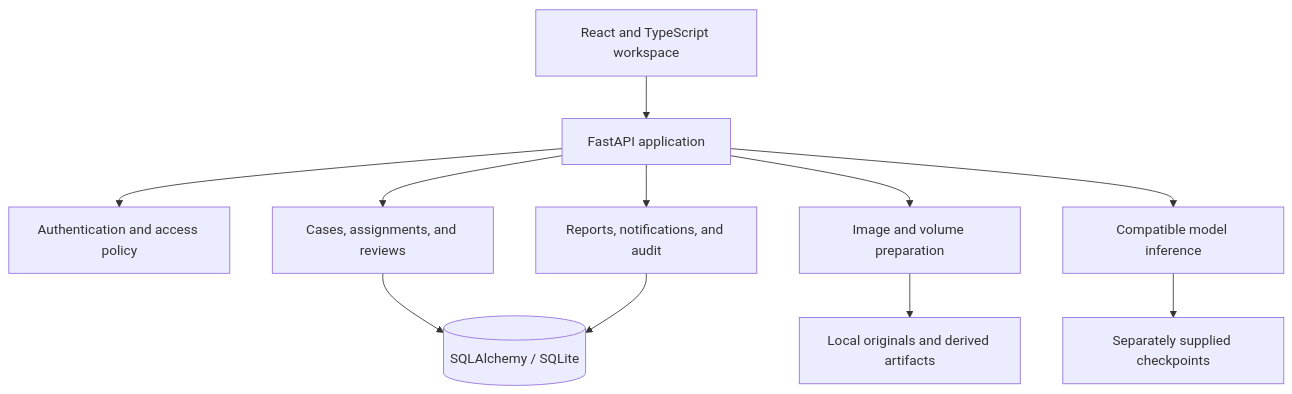
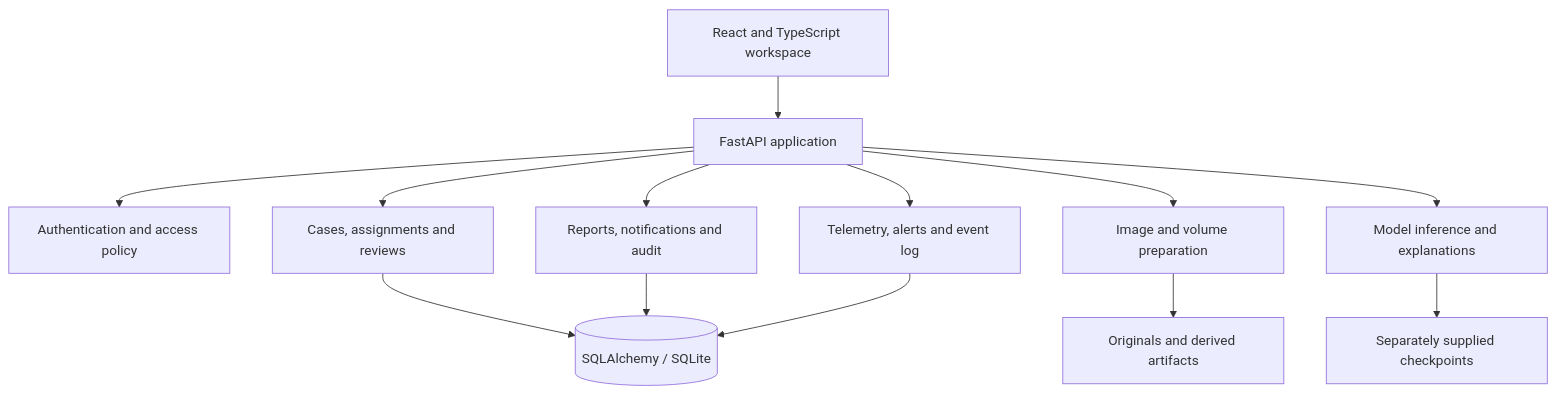
One commit to Dhanush-245/Team_2_Artery-Segmentation-DL changed the second of 2 diagrams in README.md. Above: the diagram before and after it, drawn with Mermaid. The commit also changed other lines of this file and 1 other file, not shown here.

````diff
--- a/README.md
+++ b/README.md
@@ -87,13 +83,15 @@
 ```mermaid
 flowchart TB
     UI[React and TypeScript workspace] --> API[FastAPI application]
     API --> AUTH[Authentication and access policy]
-    API --> CASES[Cases, assignments, and reviews]
+    API --> CASES[Cases, assignments and reviews]
     API --> PREP[Image and volume preparation]
-    API --> INFER[Compatible model inference]
-    API --> REPORTS[Reports, notifications, and audit]
+    API --> INFER[Model inference and explanations]
+    API --> REPORTS[Reports, notifications and audit]
+    API --> OPS[Telemetry, alerts and event log]
     CASES --> DB[(SQLAlchemy / SQLite)]
     REPORTS --> DB
-    PREP --> FILES[Local originals and derived artifacts]
+    OPS --> DB
+    PREP --> FILES[Originals and derived artifacts]
     INFER --> WEIGHTS[Separately supplied checkpoints]
 ```
````
